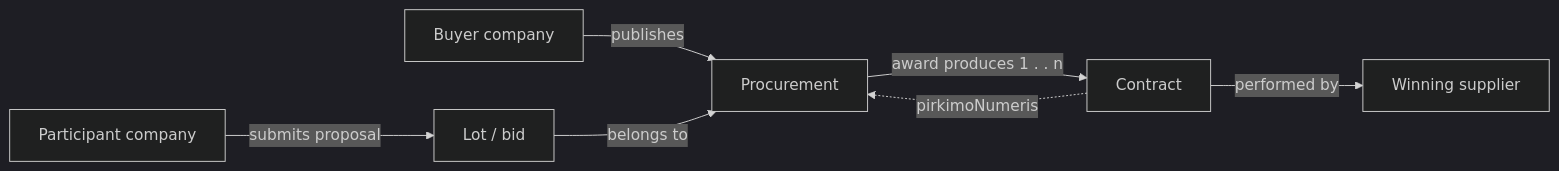
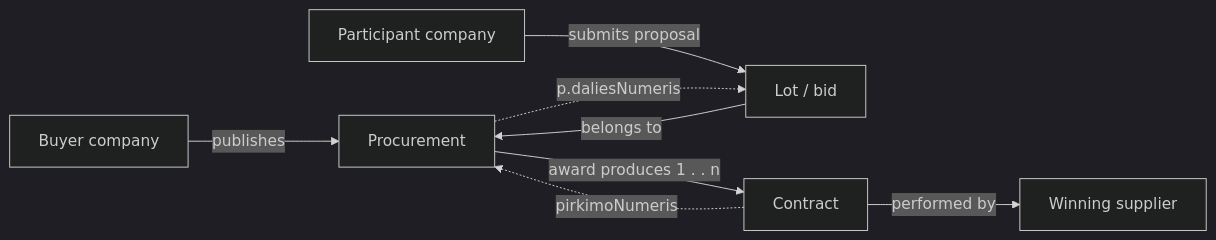
Before and after one commit to Viespirkiu-grupe/viespirkiai: the diagram in docs/indicators-story/indicators-canonical.md, drawn with Mermaid (dark theme). The commit also changed 2 other files, not shown here.

Commit message:
enabling partial flight run

````diff
--- a/docs/indicators-story/indicators-canonical.md
+++ b/docs/indicators-story/indicators-canonical.md
@@ -76,9 +76,10 @@
 ```mermaid
 flowchart LR
     B[Buyer company] -->|publishes| P[Procurement]
     S[Participant company] -->|submits proposal| L[Lot / bid]
     L -->|belongs to| P
+    P -.->|p.daliesNumeris| L
     P -->|award produces 1 . . n| C[Contract]
     C -->|performed by| W[Winning supplier]
     C -.->|pirkimoNumeris| P
 ```
````
